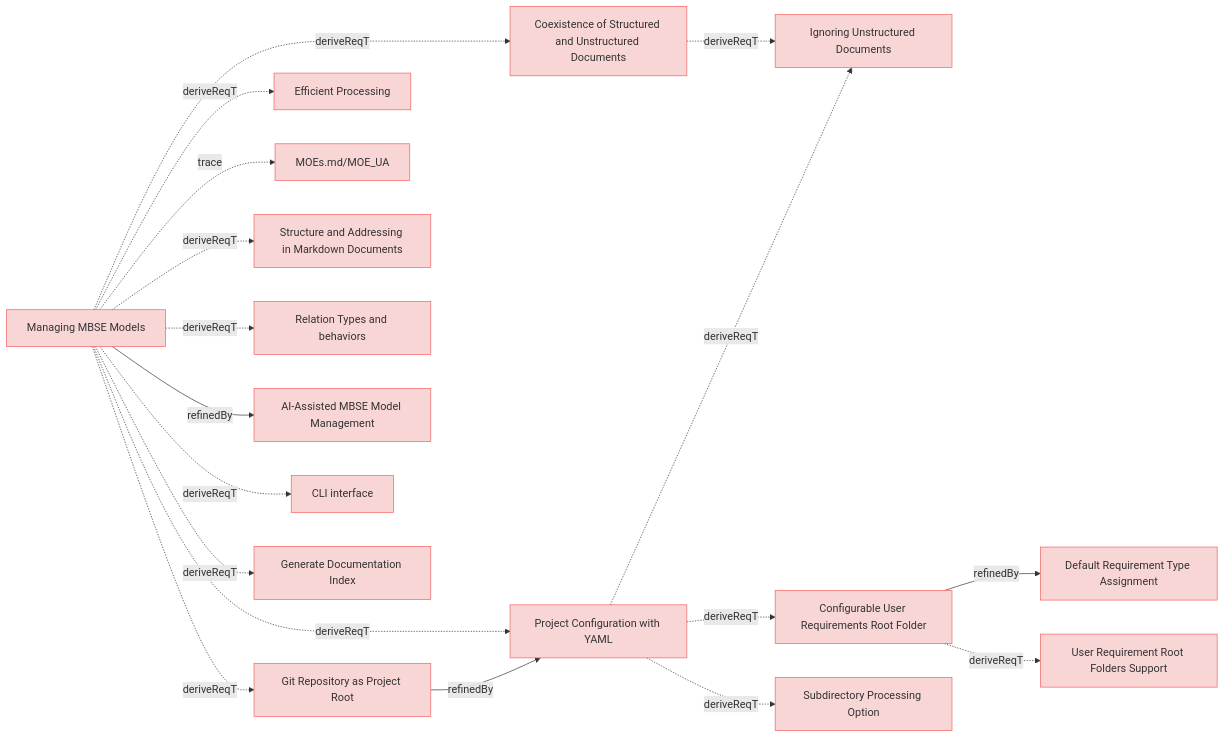
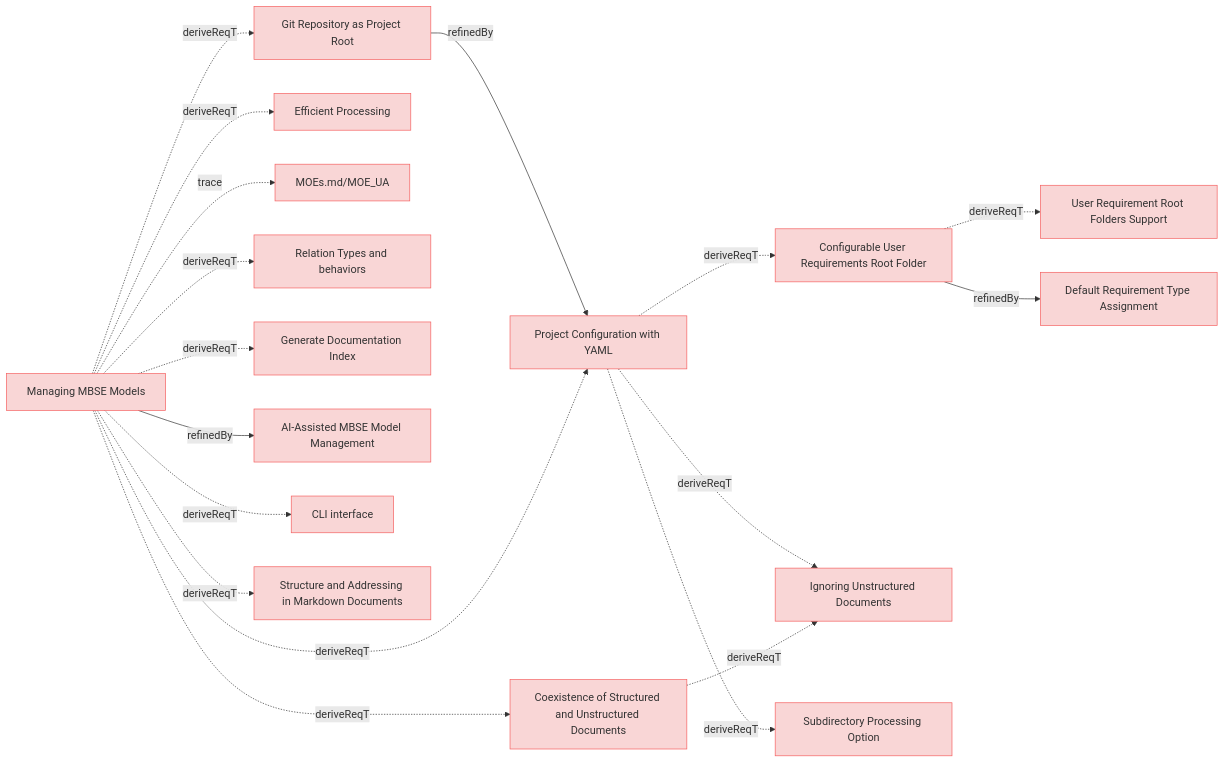
The diagram in specifications/ManagingMbseModelsRequirements.md (reqvire-org/reqvire), drawn with Mermaid before and after one commit. The commit also changed other lines of this file and 15 other files, not shown here.

First line of the commit message:
docs: Update auto-generated diagrams with new requirement traceability

````diff
--- a/specifications/ManagingMbseModelsRequirements.md
+++ b/specifications/ManagingMbseModelsRequirements.md
@@ -4,74 +4,75 @@
 ```mermaid
 graph LR;
+  %% REQVIRE-AUTOGENERATED-DIAGRAM
   %% Graph styling
   classDef requirement fill:#f9d6d6,stroke:#f55f5f,stroke-width:1px;
   classDef verification fill:#d6f9d6,stroke:#5fd75f,stroke-width:1px;
   classDef externalLink fill:#d0e0ff,stroke:#3080ff,stroke-width:1px;
   classDef default fill:#f5f5f5,stroke:#333333,stroke-width:1px;
 
+  649d72765b13e14f["Git Repository as Project Root"];
+  class 649d72765b13e14f requirement;
+  click 649d72765b13e14f "ManagingMbseModelsRequirements.md#git-repository-as-project-root";
+  16b4b380c917deb1["Project Configuration with YAML"];
+  class 16b4b380c917deb1 requirement;
+  click 16b4b380c917deb1 "ManagingMbseModelsRequirements.md#project-configuration-with-yaml";
+  649d72765b13e14f -->|refinedBy| 16b4b380c917deb1;
+  d9354ef2eca0f2d0["Configurable User Requirements Root Folder"];
+  class d9354ef2eca0f2d0 requirement;
+  click d9354ef2eca0f2d0 "ManagingMbseModelsRequirements.md#configurable-user-requirements-root-folder";
+  a9d6e2569d5acd60["User Requirement Root Folders Support"];
+  class a9d6e2569d5acd60 requirement;
+  click a9d6e2569d5acd60 "SystemRequirements/Requirements.md#user-requirement-root-folders-support";
+  d9354ef2eca0f2d0 -.->|deriveReqT| a9d6e2569d5acd60;
   c9cc6878a73bb951["Default Requirement Type Assignment"];
   class c9cc6878a73bb951 requirement;
   click c9cc6878a73bb951 "ManagingMbseModelsRequirements.md#default-requirement-type-assignment";
-  16b4b380c917deb1["Project Configuration with YAML"];
-  class 16b4b380c917deb1 requirement;
-  click 16b4b380c917deb1 "ManagingMbseModelsRequirements.md#project-configuration-with-yaml";
+  d9354ef2eca0f2d0 -->|refinedBy| c9cc6878a73bb951;
+  16b4b380c917deb1 -.->|deriveReqT| d9354ef2eca0f2d0;
   be83c2991e9535c7["Ignoring Unstructured Documents"];
   class be83c2991e9535c7 requirement;
   click be83c2991e9535c7 "SystemRequirements/Requirements.md#ignoring-unstructured-documents";
   16b4b380c917deb1 -.->|deriveReqT| be83c2991e9535c7;
-  d9354ef2eca0f2d0["Configurable User Requirements Root Folder"];
-  class d9354ef2eca0f2d0 requirement;
-  click d9354ef2eca0f2d0 "ManagingMbseModelsRequirements.md#configurable-user-requirements-root-folder";
-  16b4b380c917deb1 -.->|deriveReqT| d9354ef2eca0f2d0;
   7bdf935ec6d8effe["Subdirectory Processing Option"];
   class 7bdf935ec6d8effe requirement;
   click 7bdf935ec6d8effe "SystemRequirements/Requirements.md#subdirectory-processing-option";
   16b4b380c917deb1 -.->|deriveReqT| 7bdf935ec6d8effe;
-  d9354ef2eca0f2d0 -->|refinedBy| c9cc6878a73bb951;
-  a9d6e2569d5acd60["User Requirement Root Folders Support"];
-  class a9d6e2569d5acd60 requirement;
-  click a9d6e2569d5acd60 "SystemRequirements/Requirements.md#user-requirement-root-folders-support";
-  d9354ef2eca0f2d0 -.->|deriveReqT| a9d6e2569d5acd60;
+  d193d11c43776bec["Efficient Processing"];
+  class d193d11c43776bec requirement;
+  click d193d11c43776bec "ManagingMbseModelsRequirements.md#efficient-processing";
   f0d721424636370e["Coexistence of Structured and Unstructured Documents"];
   class f0d721424636370e requirement;
   click f0d721424636370e "ManagingMbseModelsRequirements.md#coexistence-of-structured-and-unstructured-documents";
   f0d721424636370e -.->|deriveReqT| be83c2991e9535c7;
-  649d72765b13e14f["Git Repository as Project Root"];
-  class 649d72765b13e14f requirement;
-  click 649d72765b13e14f "ManagingMbseModelsRequirements.md#git-repository-as-project-root";
-  649d72765b13e14f -->|refinedBy| 16b4b380c917deb1;
-  d193d11c43776bec["Efficient Processing"];
-  class d193d11c43776bec requirement;
-  click d193d11c43776bec "ManagingMbseModelsRequirements.md#efficient-processing";
   e61b7c1baa89bfc6["Managing MBSE Models"];
   class e61b7c1baa89bfc6 requirement;
   click e61b7c1baa89bfc6 "UserStories.md#managing-mbse-models";
   2c5f30f14e792200["MOEs.md/MOE_UA"];
   class 2c5f30f14e792200 requirement;
   click 2c5f30f14e792200 "MOEs.md#moe_ua";
   e61b7c1baa89bfc6 -.->|trace| 2c5f30f14e792200;
-  e61b7c1baa89bfc6 -.->|deriveReqT| 16b4b380c917deb1;
-  ade67c27bc5d3bbd["Structure and Addressing in Markdown Documents"];
-  class ade67c27bc5d3bbd requirement;
-  click ade67c27bc5d3bbd "SpecificationsRequirements.md#structure-and-addressing-in-markdown-documents";
-  e61b7c1baa89bfc6 -.->|deriveReqT| ade67c27bc5d3bbd;
+  e61b7c1baa89bfc6 -.->|deriveReqT| 649d72765b13e14f;
   551906d5c51d91d9["Relation Types and behaviors"];
   class 551906d5c51d91d9 requirement;
   click 551906d5c51d91d9 "SpecificationsRequirements.md#relation-types-and-behaviors";
   e61b7c1baa89bfc6 -.->|deriveReqT| 551906d5c51d91d9;
-  e61b7c1baa89bfc6 -.->|deriveReqT| f0d721424636370e;
-  e61b7c1baa89bfc6 -.->|deriveReqT| 649d72765b13e14f;
+  c2b6c74b77726ad9["Generate Documentation Index"];
+  class c2b6c74b77726ad9 requirement;
+  click c2b6c74b77726ad9 "UserRequirements.md#generate-documentation-index";
+  e61b7c1baa89bfc6 -.->|deriveReqT| c2b6c74b77726ad9;
+  e61b7c1baa89bfc6 -.->|deriveReqT| 16b4b380c917deb1;
   cd2d5dab49985ca2["AI-Assisted MBSE Model Management"];
   class cd2d5dab49985ca2 requirement;
   click cd2d5dab49985ca2 "UserStories.md#ai-assisted-mbse-model-management";
   e61b7c1baa89bfc6 -->|refinedBy| cd2d5dab49985ca2;
   e61b7c1baa89bfc6 -.->|deriveReqT| d193d11c43776bec;
   f28849d46c19af44["CLI interface"];
   class f28849d46c19af44 requirement;
   click f28849d46c19af44 "UserRequirements.md#cli-interface";
   e61b7c1baa89bfc6 -.->|deriveReqT| f28849d46c19af44;
-  c2b6c74b77726ad9["Generate Documentation Index"];
-  class c2b6c74b77726ad9 requirement;
-  click c2b6c74b77726ad9 "UserRequirements.md#generate-documentation-index";
-  e61b7c1baa89bfc6 -.->|deriveReqT| c2b6c74b77726ad9;
+  ade67c27bc5d3bbd["Structure and Addressing in Markdown Documents"];
+  class ade67c27bc5d3bbd requirement;
+  click ade67c27bc5d3bbd "SpecificationsRequirements.md#structure-and-addressing-in-markdown-documents";
+  e61b7c1baa89bfc6 -.->|deriveReqT| ade67c27bc5d3bbd;
+  e61b7c1baa89bfc6 -.->|deriveReqT| f0d721424636370e;
 ```
````
